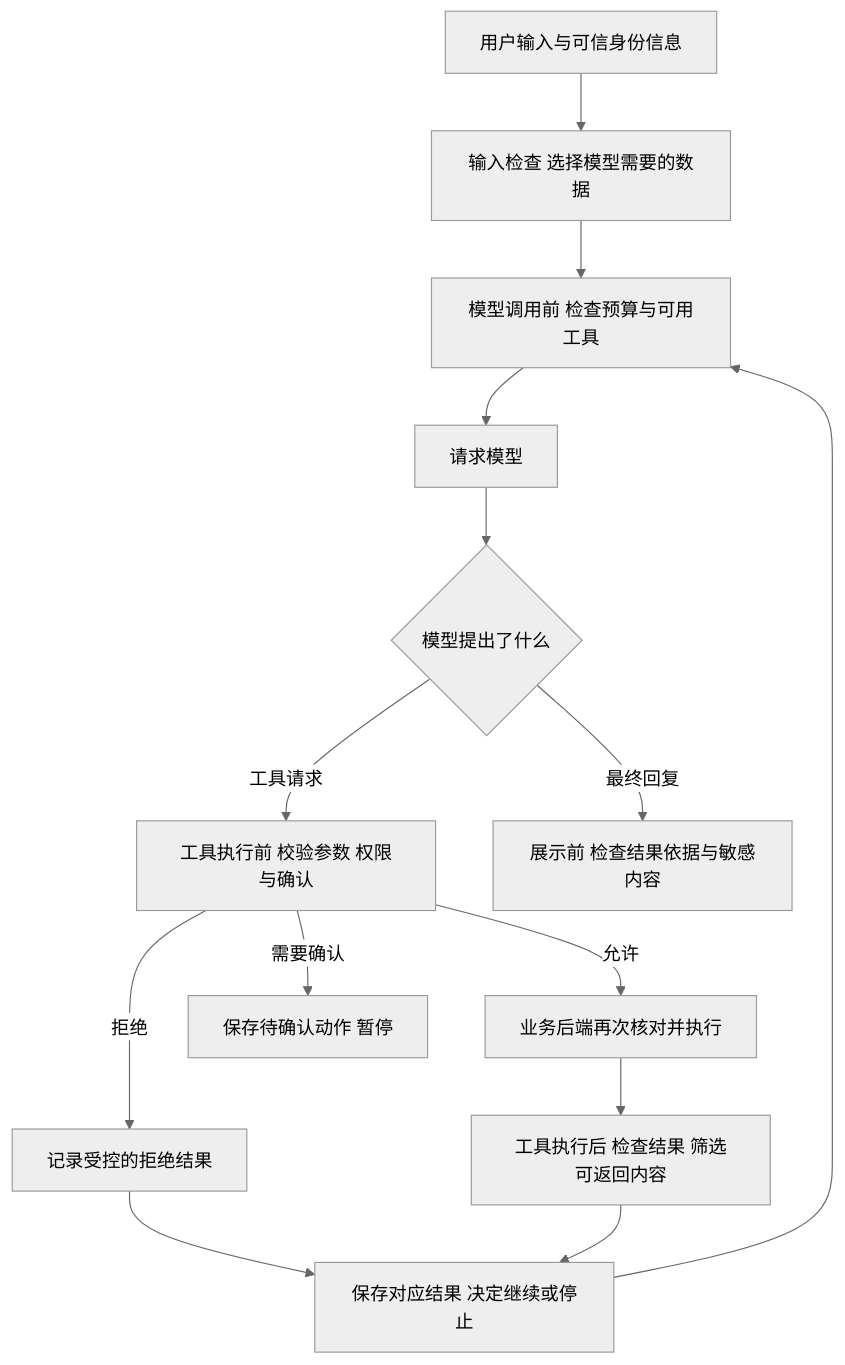
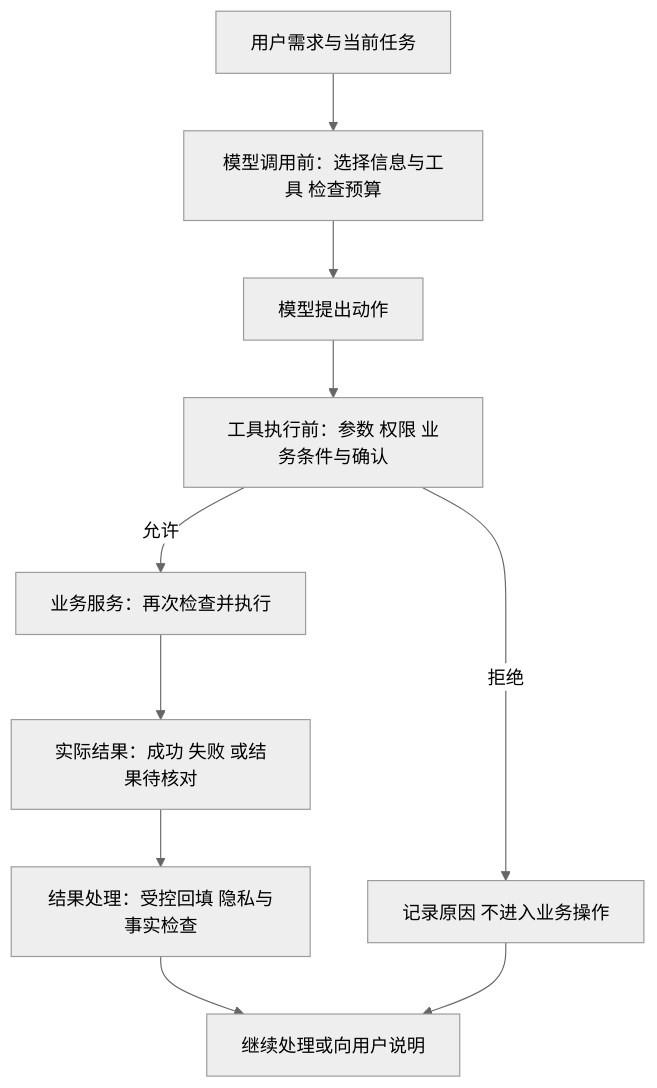
Before and after one commit to benx92/ai-learning-notes: the first of 2 diagrams in 18-安全护栏与中间件不要让Agent乱跑.md, drawn with Mermaid (neutral theme). The commit also changed other lines of this file and 43 other files, not shown here.

````diff
--- a/18-安全护栏与中间件不要让Agent乱跑.md
+++ b/18-安全护栏与中间件不要让Agent乱跑.md
@@ -62,16 +11,12 @@
 ```mermaid
 flowchart TD
-    A[用户输入与可信身份信息] --> B[输入检查 选择模型需要的数据]
-    B --> C[模型调用前 检查预算与可用工具]
-    C --> D[请求模型]
-    D --> E{模型提出了什么}
-    E -->|工具请求| F[工具执行前 校验参数 权限与确认]
-    F -->|允许| G[业务后端再次核对并执行]
-    F -->|需要确认| H[保存待确认动作 暂停]
-    F -->|拒绝| I[记录受控的拒绝结果]
-    G --> J[工具执行后 检查结果 筛选可返回内容]
-    I --> K[保存对应结果 决定继续或停止]
-    J --> K
-    K --> C
-    E -->|最终回复| L[展示前 检查结果依据与敏感内容]
+    U[用户需求与当前任务] --> MI[模型调用前：选择信息与工具 检查预算]
+    MI --> M[模型提出动作]
+    M --> TI[工具执行前：参数 权限 业务条件与确认]
+    TI -->|拒绝| D[记录原因 不进入业务操作]
+    TI -->|允许| B[业务服务：再次检查并执行]
+    B --> R[实际结果：成功 失败 或结果待核对]
+    R --> O[结果处理：受控回填 隐私与事实检查]
+    O --> F[继续处理或向用户说明]
+    D --> F
 ```
````
